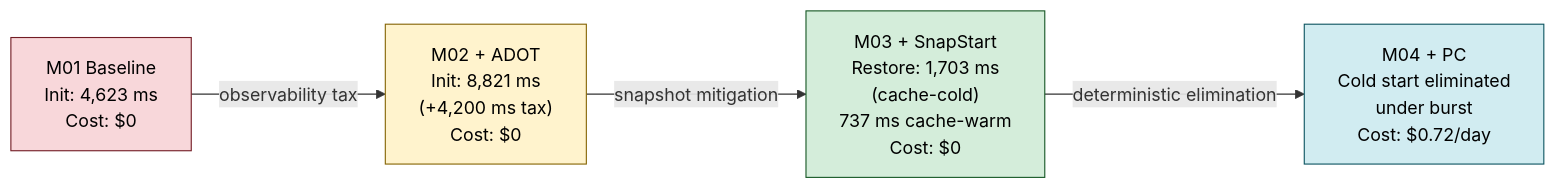
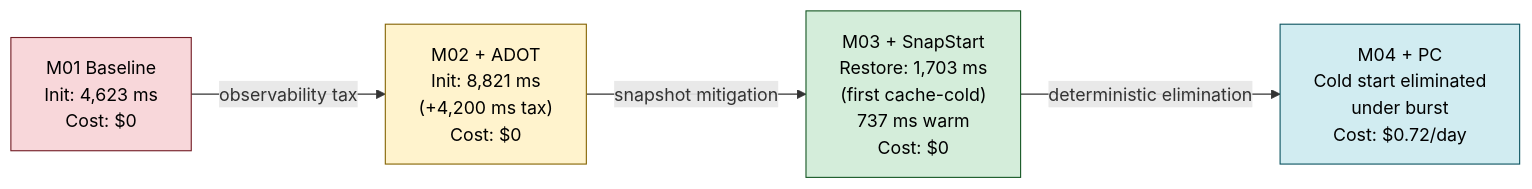
One commit to ae-lexs/lambda-resilience-atelier changed the second of 3 diagrams in README.md. Above: the diagram before and after it, drawn with Mermaid. The commit also changed other lines of this file and 5 other files, not shown here.

````diff
--- a/README.md
+++ b/README.md
@@ -118,16 +132,16 @@
 ```mermaid
 flowchart LR
     M01["M01 Baseline<br/>Init: 4,623 ms<br/>Cost: $0"]
     M02["M02 + ADOT<br/>Init: 8,821 ms<br/>(+4,200 ms tax)<br/>Cost: $0"]
-    M03["M03 + SnapStart<br/>Restore: 1,703 ms<br/>(cache-cold)<br/>737 ms cache-warm<br/>Cost: $0"]
+    M03["M03 + SnapStart<br/>Restore: 1,703 ms<br/>(first cache-cold)<br/>737 ms warm<br/>Cost: $0"]
     M04["M04 + PC<br/>Cold start eliminated<br/>under burst<br/>Cost: $0.72/day"]
 
     M01 -->|"observability tax"| M02
     M02 -->|"snapshot mitigation"| M03
     M03 -->|"deterministic elimination"| M04
 
     style M01 fill:#f8d7da,stroke:#721c24,color:#000
     style M02 fill:#fff3cd,stroke:#856404,color:#000
     style M03 fill:#d4edda,stroke:#155724,color:#000
     style M04 fill:#d1ecf1,stroke:#0c5460,color:#000
 ```
````
